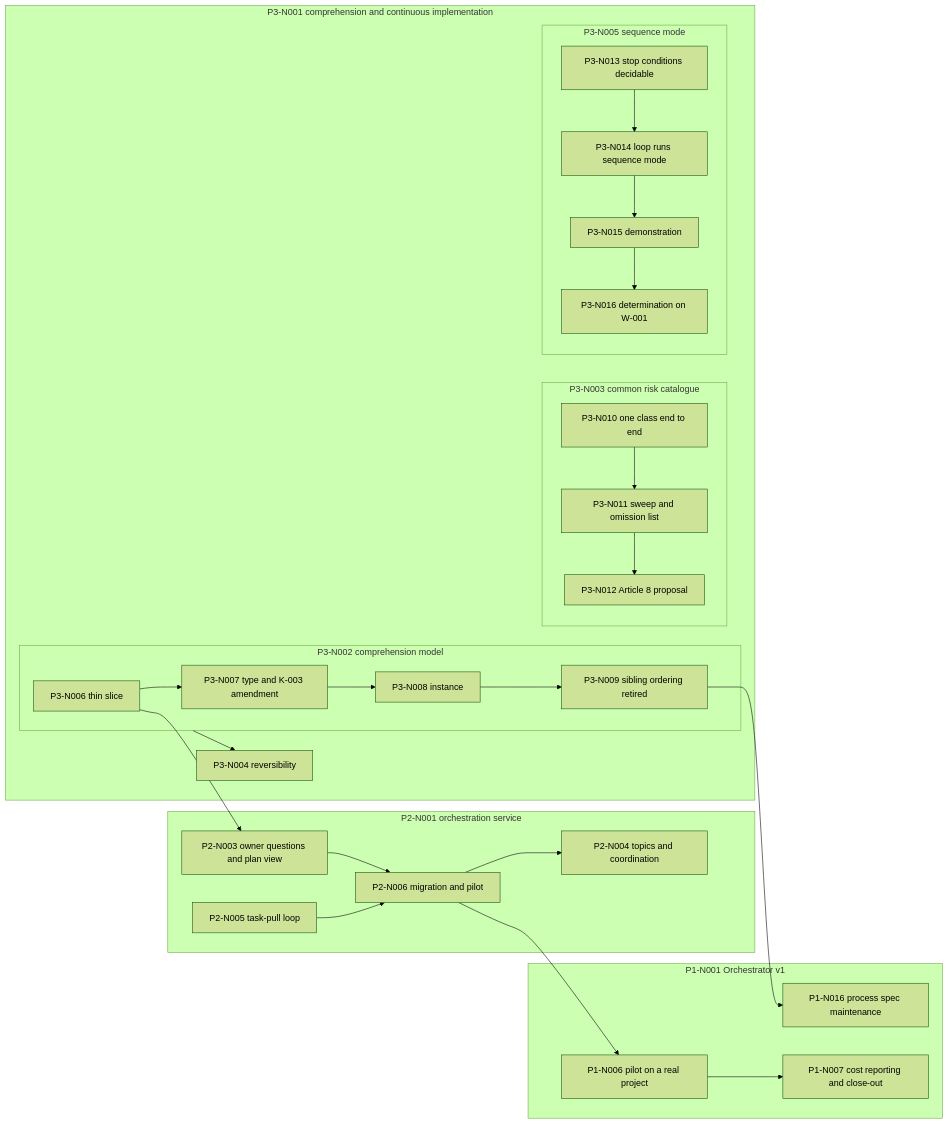
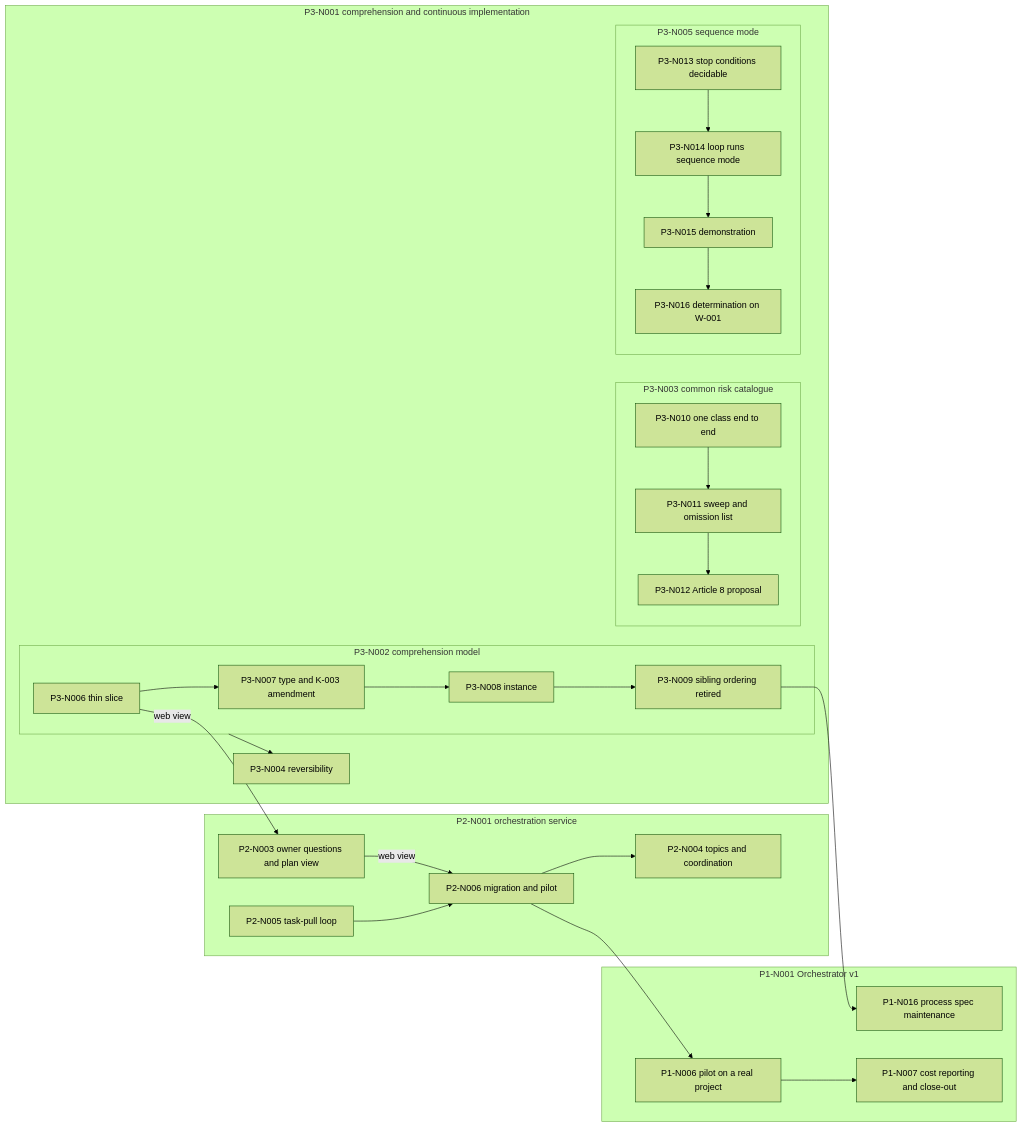
Before and after one commit to majodali/project-orchestrator: the diagram in docs/plan.md, drawn with Mermaid (forest theme). The commit also changed other lines of this file, not shown here.

````diff
--- a/docs/plan.md
+++ b/docs/plan.md
@@ -455,45 +458,45 @@
 ```mermaid
 graph LR
   subgraph P1N001["P1-N001 Orchestrator v1"]
     P1N016["P1-N016 process spec maintenance"]
     P1N006["P1-N006 pilot on a real project"]
     P1N007["P1-N007 cost reporting and close-out"]
   end
   subgraph P2N001["P2-N001 orchestration service"]
     P2N003["P2-N003 owner questions and plan view"]
     P2N004["P2-N004 topics and coordination"]
     P2N005["P2-N005 task-pull loop"]
     P2N006["P2-N006 migration and pilot"]
   end
   subgraph P3N001["P3-N001 comprehension and continuous implementation"]
     subgraph P3N002["P3-N002 comprehension model"]
       P3N006["P3-N006 thin slice"]
       P3N007["P3-N007 type and K-003 amendment"]
       P3N008["P3-N008 instance"]
       P3N009["P3-N009 sibling ordering retired"]
     end
     subgraph P3N003["P3-N003 common risk catalogue"]
       P3N010["P3-N010 one class end to end"]
       P3N011["P3-N011 sweep and omission list"]
       P3N012["P3-N012 Article 8 proposal"]
     end
     P3N004["P3-N004 reversibility"]
     subgraph P3N005["P3-N005 sequence mode"]
       P3N013["P3-N013 stop conditions decidable"]
       P3N014["P3-N014 loop runs sequence mode"]
       P3N015["P3-N015 demonstration"]
       P3N016["P3-N016 determination on W-001"]
     end
   end
   P3N006 --> P3N007 --> P3N008 --> P3N009
   P3N010 --> P3N011 --> P3N012
   P3N013 --> P3N014 --> P3N015 --> P3N016
   P3N002 --> P3N004
-  P3N006 --> P2N003
-  P2N003 --> P2N006
+  P3N006 -->|web view| P2N003
+  P2N003 -->|web view| P2N006
   P2N005 --> P2N006
   P2N006 --> P2N004
   P2N006 --> P1N006
   P1N006 --> P1N007
   P3N009 --> P1N016
 ```
````
